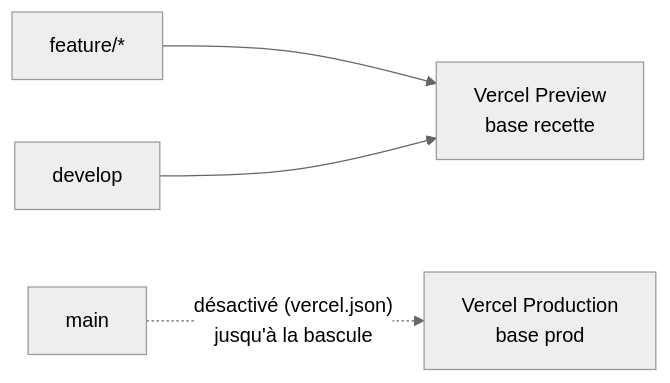
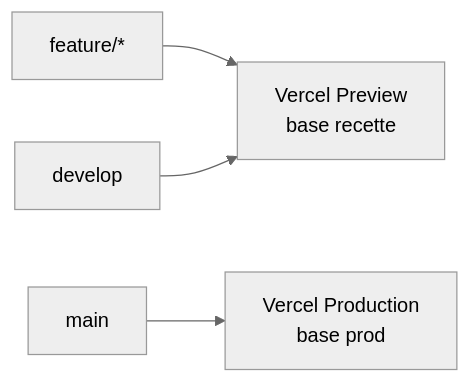
Before and after one commit to julleroyfr/interclub: the second of 2 diagrams in docs/deploiement-vercel.md, drawn with Mermaid (neutral theme). The commit also changed other lines of this file and 2 other files, not shown here.

First line of the commit message:
chore(vercel): active le déploiement Production depuis main

````diff
--- a/docs/deploiement-vercel.md
+++ b/docs/deploiement-vercel.md
@@ -34,6 +34,6 @@
 ```mermaid
 flowchart LR
   F["feature/*"] --> P["Vercel Preview<br/>base recette"]
   D["develop"] --> P
-  M["main"] -. "désactivé (vercel.json)<br/>jusqu'à la bascule" .-> R["Vercel Production<br/>base prod"]
+  M["main"] --> R["Vercel Production<br/>base prod"]
 ```
````
